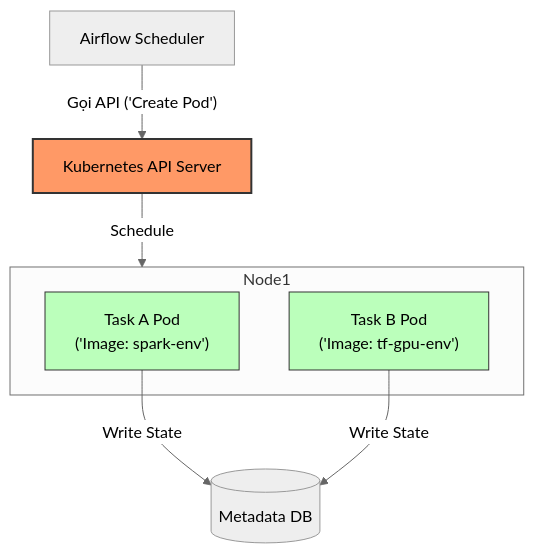
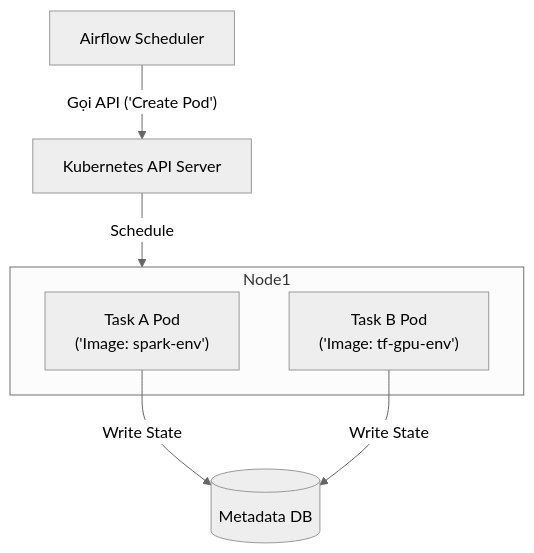
Before and after one commit to kythuatdulieu/kythuatdulieu.github.io: the second of 2 diagrams in src/content/docs/concepts/7-dataops-orchestration-quality/airflow-celery-vs-k8s-executor.md, drawn with Mermaid (neutral theme). The commit also changed other lines of this file and 686 other files, not shown here.

````diff
--- a/src/content/docs/concepts/7-dataops-orchestration-quality/airflow-celery-vs-k8s-executor.md
+++ b/src/content/docs/concepts/7-dataops-orchestration-quality/airflow-celery-vs-k8s-executor.md
@@ -57,17 +56,16 @@
 ```mermaid
 flowchart TD
     Scheduler["Airflow Scheduler"] -- Gọi API ('Create Pod') --> K8sAPI["Kubernetes API Server"]
     K8sAPI -- Schedule --> Node1["K8s Worker Node"]
     
     subgraph Node1
         Pod1["Task A Pod\n('Image: spark-env')"]
         Pod2["Task B Pod\n('Image: tf-gpu-env')"]
     end
     
     Pod1 -- Write State --> DB[("Metadata DB")]
     Pod2 -- Write State --> DB
-    
-    style K8sAPI fill:#f96,stroke:#333,stroke-width:2px
-    style Pod1 fill:#bfb,stroke:#333,stroke-width:1px
-    style Pod2 fill:#bfb,stroke:#333,stroke-width:1px
+
+
+
 ```
````
